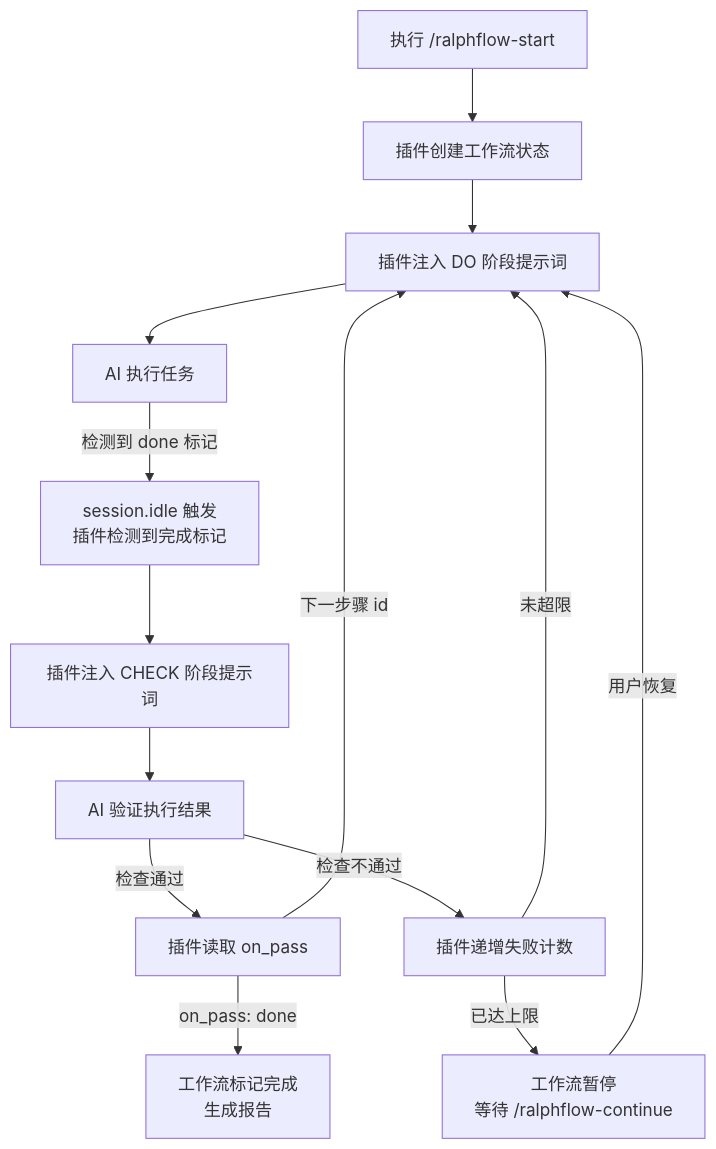
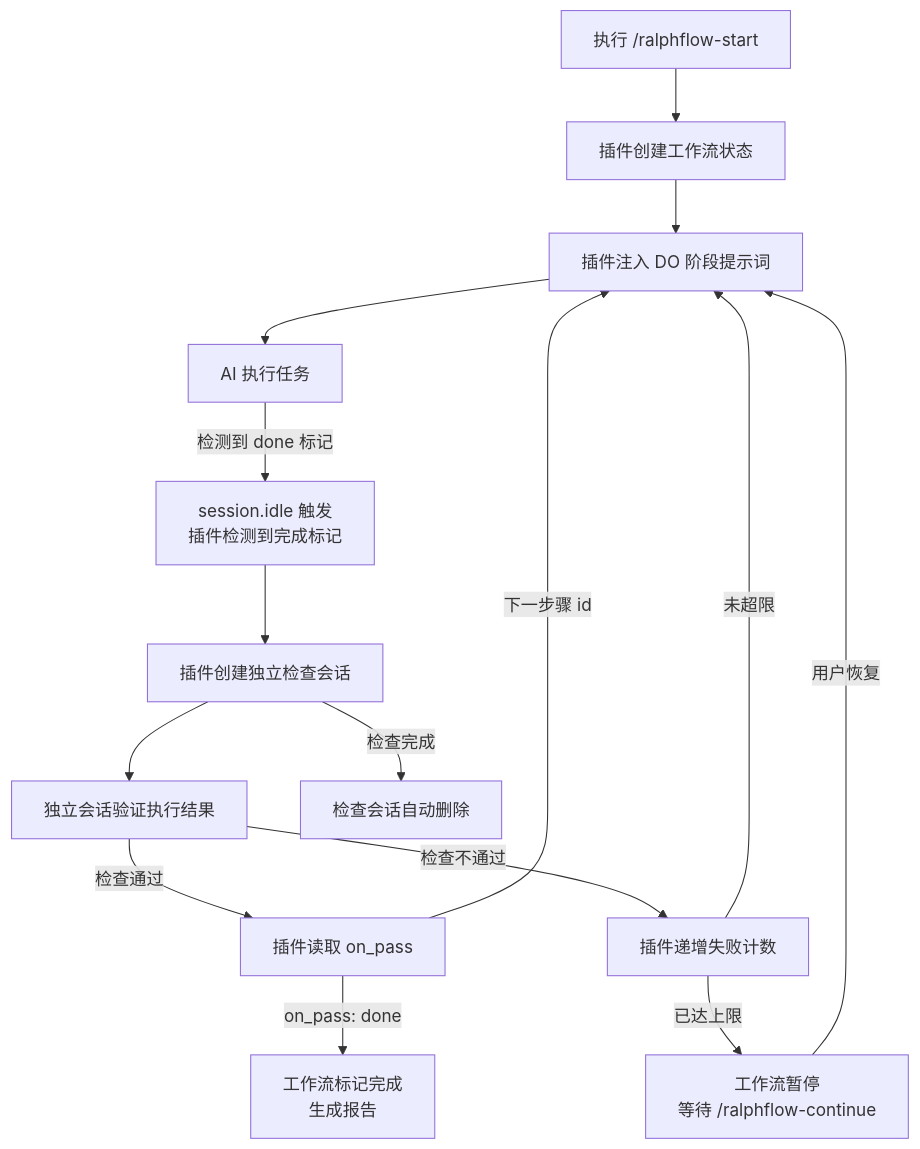
Before and after one commit to 534529531/ralph-flow: the third of 4 diagrams in README_CN.md, drawn with Mermaid. The commit also changed other lines of this file and 14 other files, not shown here.

````diff
--- a/README_CN.md
+++ b/README_CN.md
@@ -241,16 +243,17 @@
 ```mermaid
 flowchart TD
     Start["执行 /ralphflow-start"] --> State["插件创建工作流状态"]
     State --> DoPrompt["插件注入 DO 阶段提示词"]
     DoPrompt --> AI["AI 执行任务"]
     AI -->|"检测到 done 标记"| DoneTag["session.idle 触发<br/>插件检测到完成标记"]
-    DoneTag --> CheckPrompt["插件注入 CHECK 阶段提示词"]
-    CheckPrompt --> AICheck["AI 验证执行结果"]
+    DoneTag --> CheckPrompt["插件创建独立检查会话"]
+    CheckPrompt --> AICheck["独立会话验证执行结果"]
     AICheck -->|"检查通过"| Pass["插件读取 on_pass"]
     AICheck -->|"检查不通过"| Fail["插件递增失败计数"]
     Pass -->|"on_pass: done"| Complete["工作流标记完成<br/>生成报告"]
     Pass -->|"下一步骤 id"| DoPrompt
     Fail -->|"未超限"| DoPrompt
     Fail -->|"已达上限"| Pause["工作流暂停<br/>等待 /ralphflow-continue"]
     Pause -->|用户恢复| DoPrompt
+    CheckPrompt -->|"检查完成"| Cleanup["检查会话自动删除"]
 ```
````
